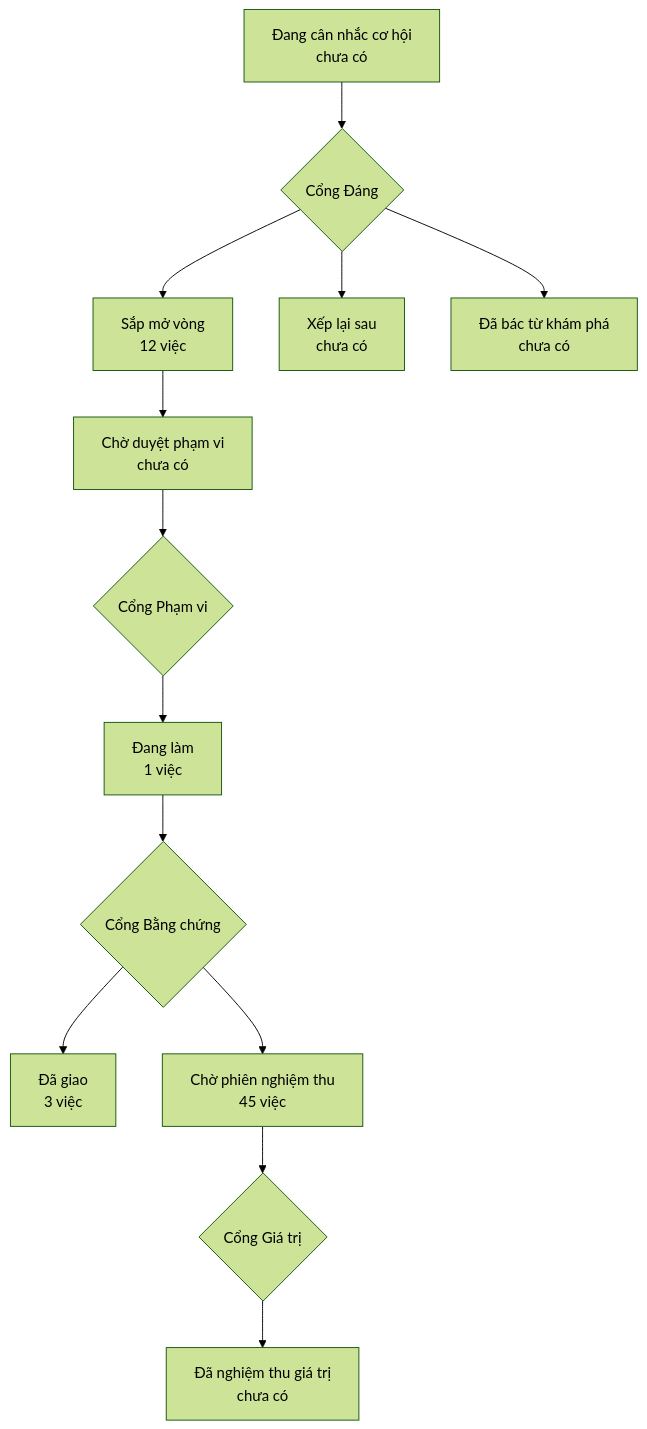
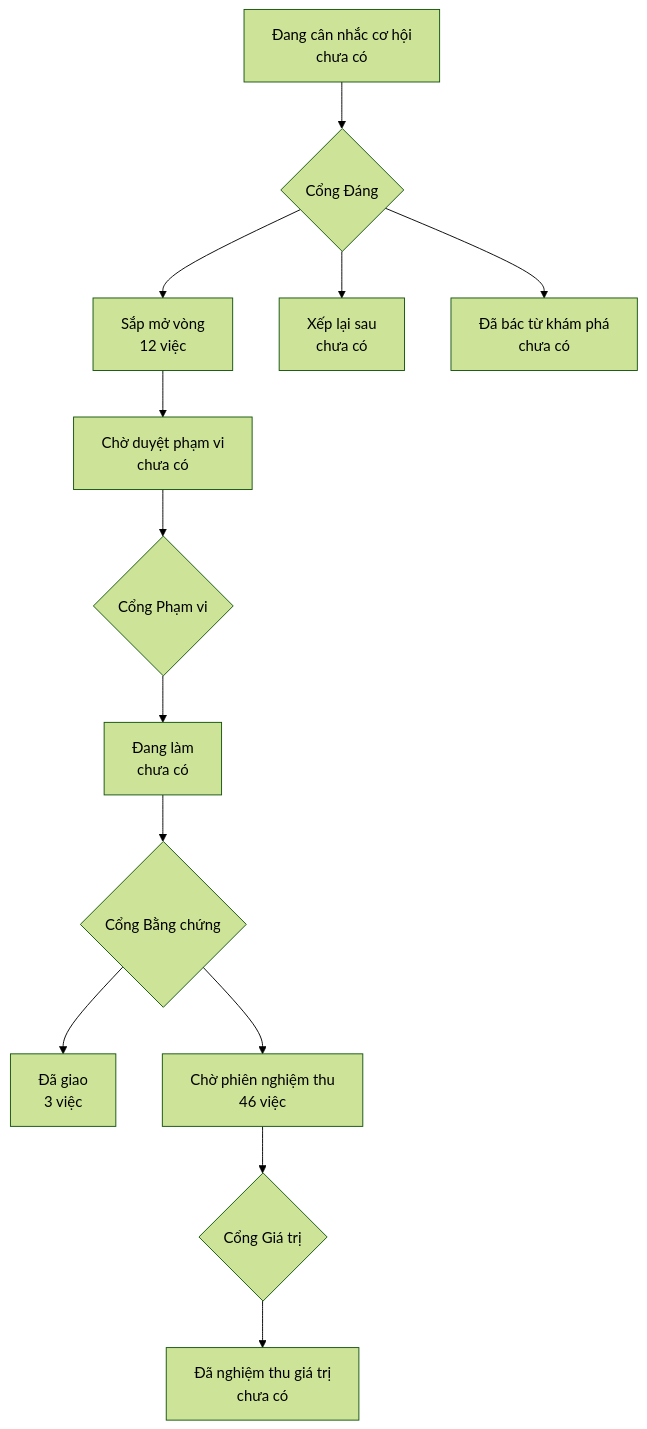
One commit to phanlemanh/onehub-inventory changed the diagram in PRODUCT-MAP.md. Above: the diagram before and after it, drawn with Mermaid (forest theme). The commit also changed other lines of this file and 4 other files, not shown here.

````diff
--- a/PRODUCT-MAP.md
+++ b/PRODUCT-MAP.md
@@ -7,12 +7,12 @@
 ```mermaid
 flowchart TD
   A["Đang cân nhắc cơ hội<br/>chưa có"] --> GD{"Cổng Đáng"}
   GD --> B["Sắp mở vòng<br/>12 việc"]
   GD --> XL["Xếp lại sau<br/>chưa có"]
   GD --> DB["Đã bác từ khám phá<br/>chưa có"]
   B --> CD["Chờ duyệt phạm vi<br/>chưa có"] --> GP{"Cổng Phạm vi"}
-  GP --> DL["Đang làm<br/>1 việc"] --> GB{"Cổng Bằng chứng"}
+  GP --> DL["Đang làm<br/>chưa có"] --> GB{"Cổng Bằng chứng"}
   GB --> DG["Đã giao<br/>3 việc"]
-  GB --> CN["Chờ phiên nghiệm thu<br/>45 việc"] --> GG{"Cổng Giá trị"}
+  GB --> CN["Chờ phiên nghiệm thu<br/>46 việc"] --> GG{"Cổng Giá trị"}
   GG --> NT["Đã nghiệm thu giá trị<br/>chưa có"]
 ```
````
